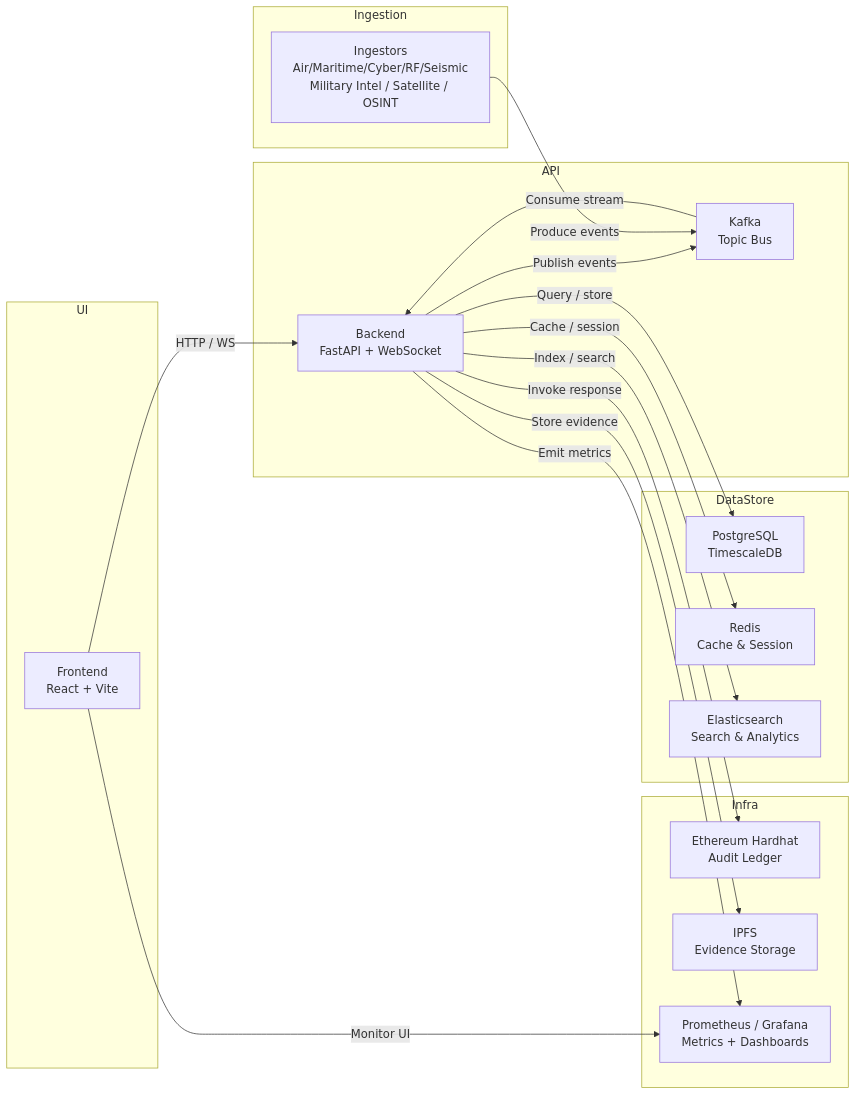
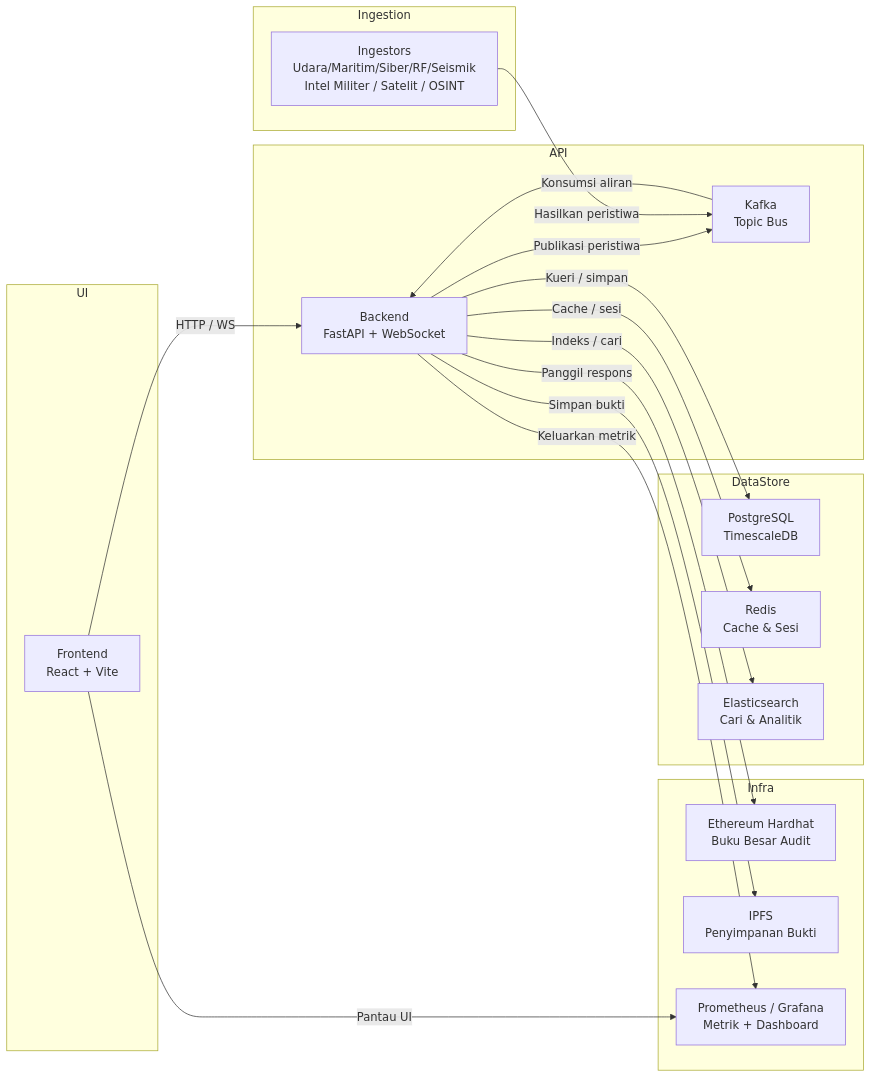
Before and after one commit to wi5nuu/SENTINEL-X-X-Domain-Threat-Fusion-Platform: the third of 3 diagrams in README.md, drawn with Mermaid. The commit also changed other lines of this file, not shown here.

````diff
--- a/README.md
+++ b/README.md
@@ -326,39 +326,39 @@
 ```mermaid
 flowchart LR
     subgraph UI
         Frontend["Frontend\nReact + Vite"]
     end
 
     subgraph API
         Backend["Backend\nFastAPI + WebSocket"]
         Kafka["Kafka\nTopic Bus"]
     end
 
     subgraph DataStore
         Postgres["PostgreSQL\nTimescaleDB"]
-        Redis["Redis\nCache & Session"]
-        Elastic["Elasticsearch\nSearch & Analytics"]
+        Redis["Redis\nCache & Sesi"]
+        Elastic["Elasticsearch\nCari & Analitik"]
     end
 
     subgraph Infra
-        Blockchain["Ethereum Hardhat\nAudit Ledger"]
-        IPFS["IPFS\nEvidence Storage"]
-        Monitoring["Prometheus / Grafana\nMetrics + Dashboards"]
+        Blockchain["Ethereum Hardhat\nBuku Besar Audit"]
+        IPFS["IPFS\nPenyimpanan Bukti"]
+        Monitoring["Prometheus / Grafana\nMetrik + Dashboard"]
     end
 
     subgraph Ingestion
-        Ingestors["Ingestors\nAir/Maritime/Cyber/RF/Seismic\nMilitary Intel / Satellite / OSINT"]
+        Ingestors["Ingestors\nUdara/Maritim/Siber/RF/Seismik\nIntel Militer / Satelit / OSINT"]
     end
 
     Frontend -->|HTTP / WS| Backend
-    Backend -->|Publish events| Kafka
-    Ingestors -->|Produce events| Kafka
-    Backend -->|Query / store| Postgres
-    Backend -->|Cache / session| Redis
-    Backend -->|Index / search| Elastic
-    Backend -->|Emit metrics| Monitoring
-    Backend -->|Invoke response| Blockchain
-    Backend -->|Store evidence| IPFS
-    Kafka -->|Consume stream| Backend
-    Frontend -->|Monitor UI| Monitoring
+    Backend -->|Publikasi peristiwa| Kafka
+    Ingestors -->|Hasilkan peristiwa| Kafka
+    Backend -->|Kueri / simpan| Postgres
+    Backend -->|Cache / sesi| Redis
+    Backend -->|Indeks / cari| Elastic
+    Backend -->|Keluarkan metrik| Monitoring
+    Backend -->|Panggil respons| Blockchain
+    Backend -->|Simpan bukti| IPFS
+    Kafka -->|Konsumsi aliran| Backend
+    Frontend -->|Pantau UI| Monitoring
 ```
````
